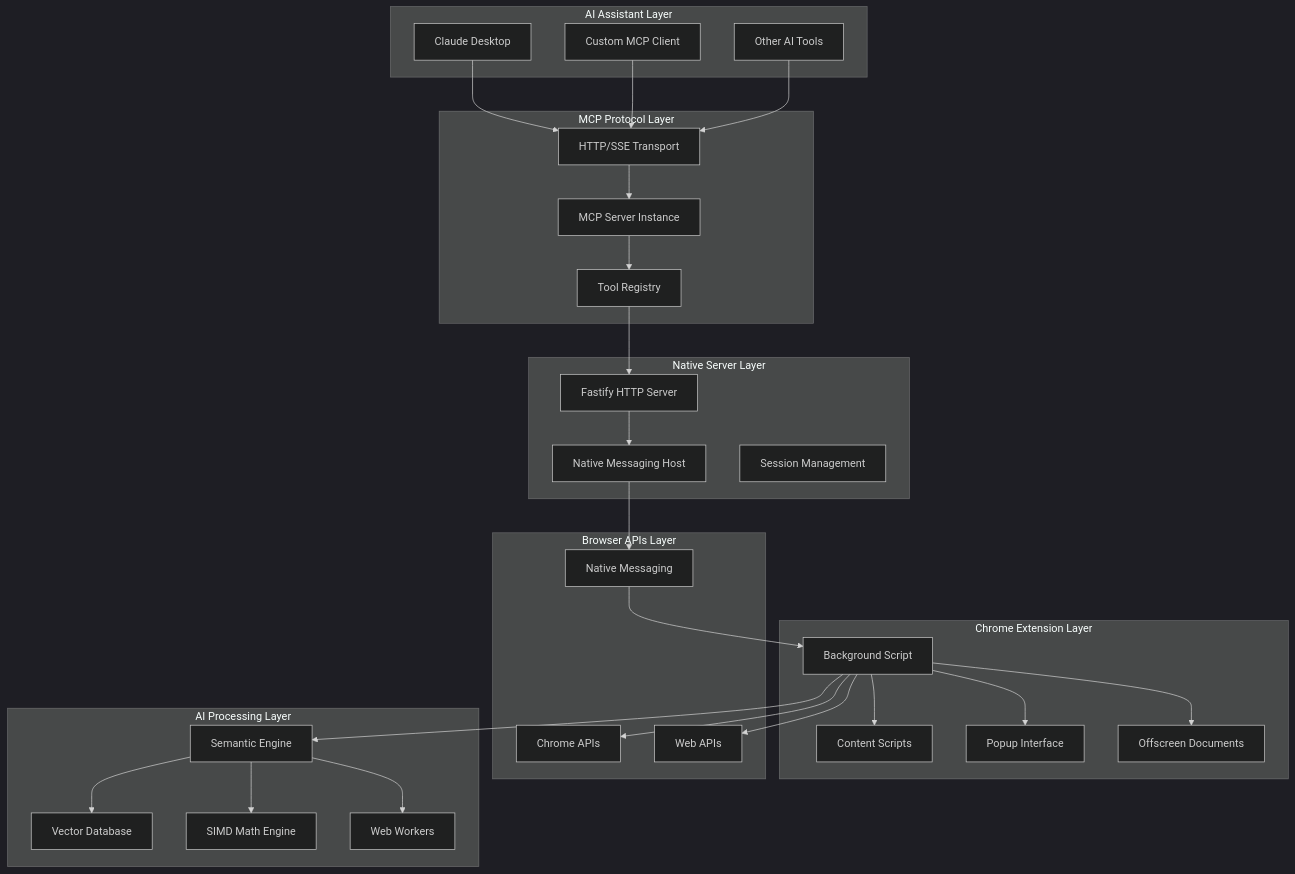
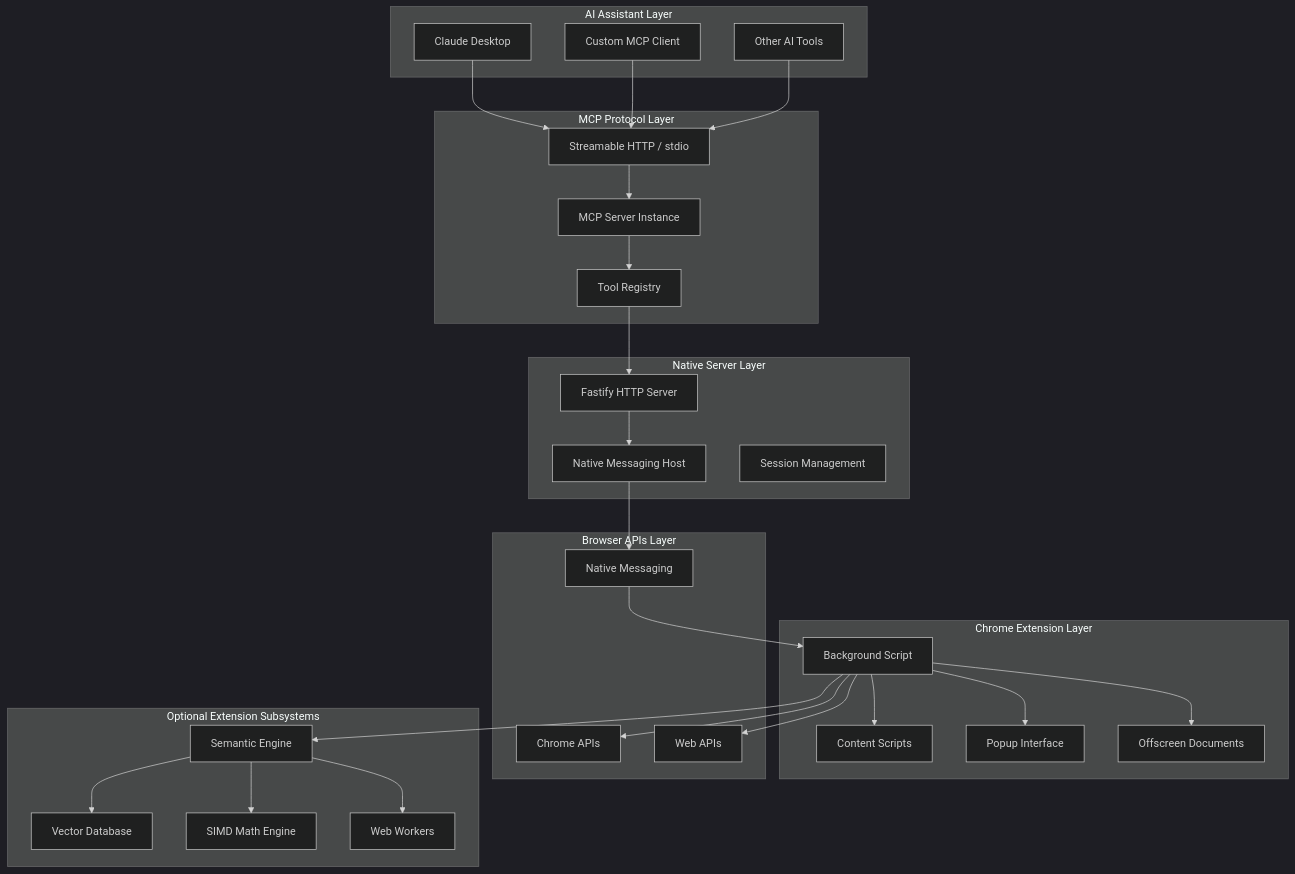
Before and after one commit to dweee/tabrix: the diagram in docs/ARCHITECTURE.md, drawn with Mermaid (dark theme). The commit also changed other lines of this file and 16 other files, not shown here.

````diff
--- a/docs/ARCHITECTURE.md
+++ b/docs/ARCHITECTURE.md
@@ -26,59 +31,59 @@
 ```mermaid
 graph TB
     subgraph "AI Assistant Layer"
         A[Claude Desktop]
         B[Custom MCP Client]
         C[Other AI Tools]
     end
 
     subgraph "MCP Protocol Layer"
-        D[HTTP/SSE Transport]
+        D[Streamable HTTP / stdio]
         E[MCP Server Instance]
         F[Tool Registry]
     end
 
     subgraph "Native Server Layer"
         G[Fastify HTTP Server]
         H[Native Messaging Host]
         I[Session Management]
     end
 
     subgraph "Chrome Extension Layer"
         J[Background Script]
         K[Content Scripts]
         L[Popup Interface]
         M[Offscreen Documents]
     end
 
     subgraph "Browser APIs Layer"
         N[Chrome APIs]
         O[Web APIs]
         P[Native Messaging]
     end
 
-    subgraph "AI Processing Layer"
+    subgraph "Optional Extension Subsystems"
         Q[Semantic Engine]
         R[Vector Database]
         S[SIMD Math Engine]
         T[Web Workers]
     end
 
     A --> D
     B --> D
     C --> D
     D --> E
     E --> F
     F --> G
     G --> H
     H --> P
     P --> J
     J --> K
     J --> L
     J --> M
     J --> N
     J --> O
     J --> Q
     Q --> R
     Q --> S
     Q --> T
 ```
````
